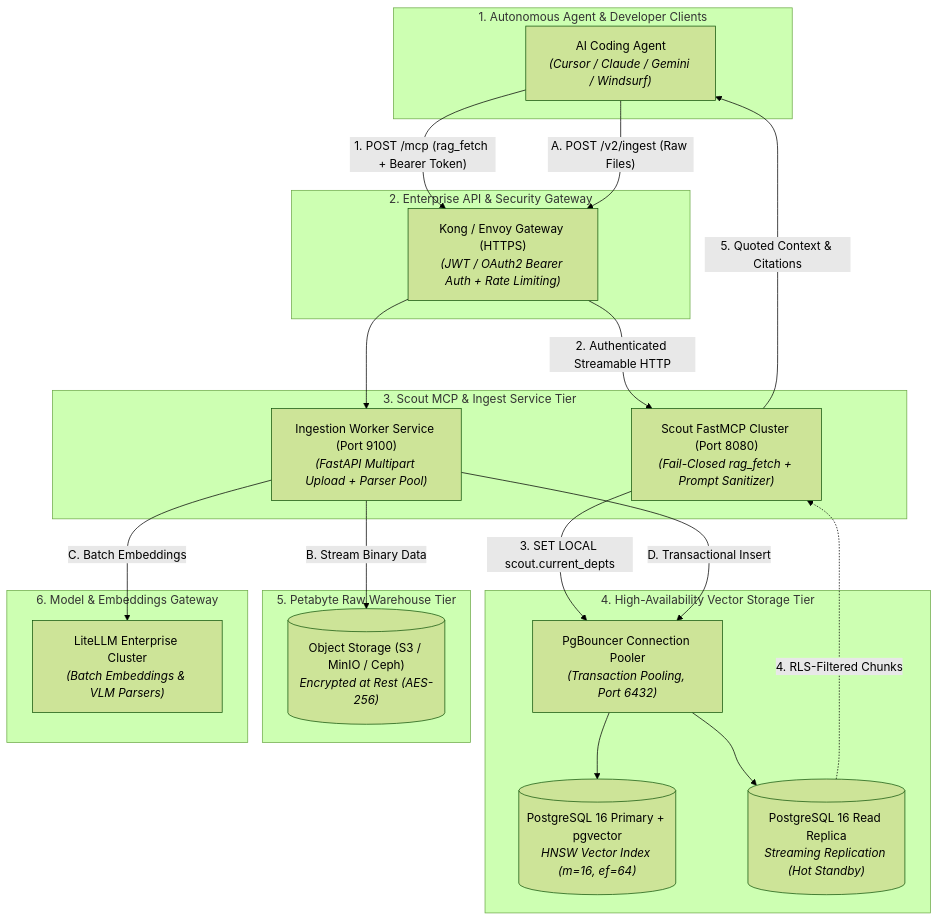
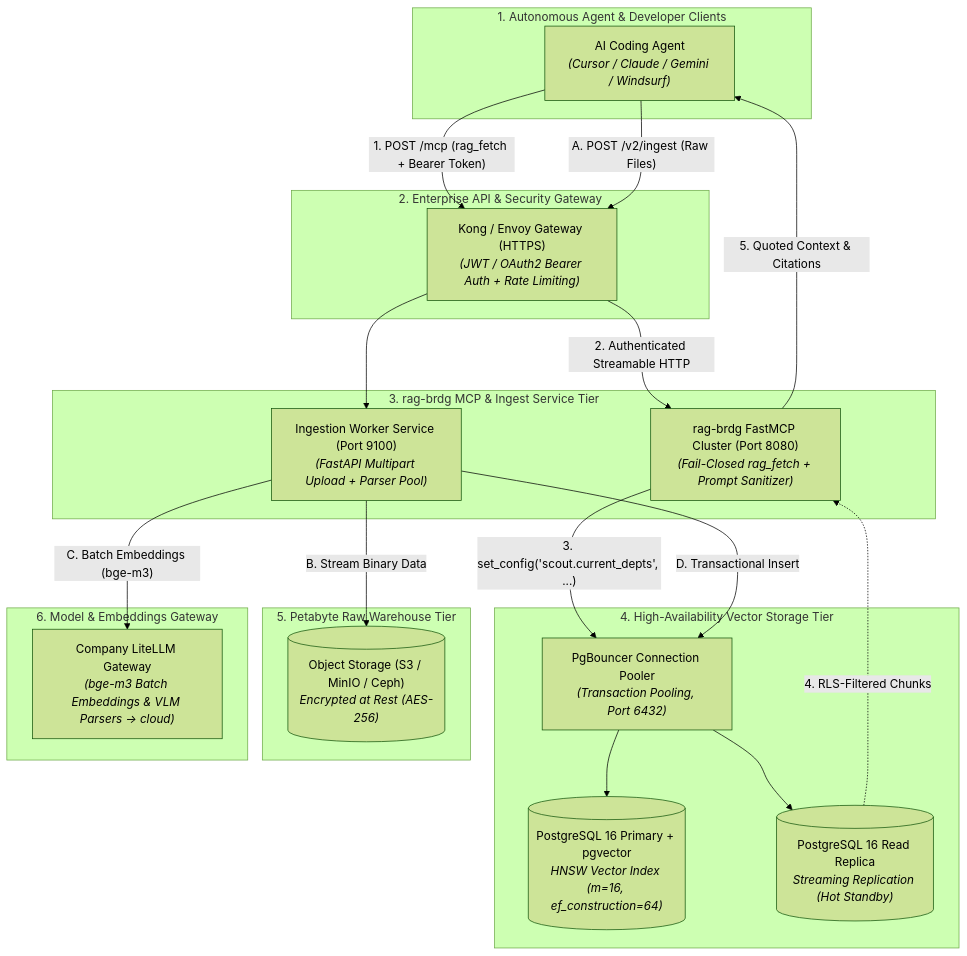
One commit to saltless-bruh/memory-system changed the diagram in docs/proposal/Technical_Blueprint_Enterprise_Data_Vault_and_RAG.md. Above: the diagram before and after it, drawn with Mermaid (forest theme). The commit also changed other lines of this file and 108 other files, not shown here.

````diff
--- a/docs/proposal/Technical_Blueprint_Enterprise_Data_Vault_and_RAG.md
+++ b/docs/proposal/Technical_Blueprint_Enterprise_Data_Vault_and_RAG.md
@@ -25,43 +32,43 @@
 ```mermaid
 graph TD
     subgraph Client_Tier ["1. Autonomous Agent & Developer Clients"]
         Agent["AI Coding Agent<br><i>(Cursor / Claude / Gemini / Windsurf)</i>"]
     end
 
     subgraph Gateway_Tier ["2. Enterprise API & Security Gateway"]
         APIGateway["Kong / Envoy Gateway (HTTPS)<br><i>(JWT / OAuth2 Bearer Auth + Rate Limiting)</i>"]
     end
 
-    subgraph Service_Tier ["3. Scout MCP & Ingest Service Tier"]
-        ScoutCluster["Scout FastMCP Cluster (Port 8080)<br><i>(Fail-Closed rag_fetch + Prompt Sanitizer)</i>"]
+    subgraph Service_Tier ["3. rag-brdg MCP & Ingest Service Tier"]
+        ScoutCluster["rag-brdg FastMCP Cluster (Port 8080)<br><i>(Fail-Closed rag_fetch + Prompt Sanitizer)</i>"]
         IngestAPI["Ingestion Worker Service (Port 9100)<br><i>(FastAPI Multipart Upload + Parser Pool)</i>"]
     end
 
     subgraph Database_Tier ["4. High-Availability Vector Storage Tier"]
         PgBouncer["PgBouncer Connection Pooler<br><i>(Transaction Pooling, Port 6432)</i>"]
-        PG_Primary[("PostgreSQL 16 Primary + pgvector<br><i>HNSW Vector Index (m=16, ef=64)</i>")]
+        PG_Primary[("PostgreSQL 16 Primary + pgvector<br><i>HNSW Vector Index (m=16, ef_construction=64)</i>")]
         PG_Replica[("PostgreSQL 16 Read Replica<br><i>Streaming Replication (Hot Standby)</i>")]
     end
 
     subgraph Storage_Tier ["5. Petabyte Raw Warehouse Tier"]
         S3[("Object Storage (S3 / MinIO / Ceph)<br><i>Encrypted at Rest (AES-256)</i>")]
     end
 
     subgraph AI_Gateway ["6. Model & Embeddings Gateway"]
-        LiteLLM["LiteLLM Enterprise Cluster<br><i>(Batch Embeddings & VLM Parsers)</i>"]
+        LiteLLM["Company LiteLLM Gateway<br><i>(bge-m3 Batch Embeddings & VLM Parsers -> cloud)</i>"]
     end
 
     Agent -- "1. POST /mcp (rag_fetch + Bearer Token)" --> APIGateway
     APIGateway -- "2. Authenticated Streamable HTTP" --> ScoutCluster
-    ScoutCluster -- "3. SET LOCAL scout.current_depts" --> PgBouncer
+    ScoutCluster -- "3. set_config('scout.current_depts', ...)" --> PgBouncer
     PgBouncer --> PG_Replica
     PG_Replica -. "4. RLS-Filtered Chunks" .-> ScoutCluster
     ScoutCluster -- "5. Quoted Context & Citations" --> Agent
 
     Agent -- "A. POST /v2/ingest (Raw Files)" --> APIGateway
     APIGateway --> IngestAPI
     IngestAPI -- "B. Stream Binary Data" --> S3
-    IngestAPI -- "C. Batch Embeddings" --> LiteLLM
+    IngestAPI -- "C. Batch Embeddings (bge-m3)" --> LiteLLM
     IngestAPI -- "D. Transactional Insert" --> PgBouncer
     PgBouncer --> PG_Primary
 ```
````
